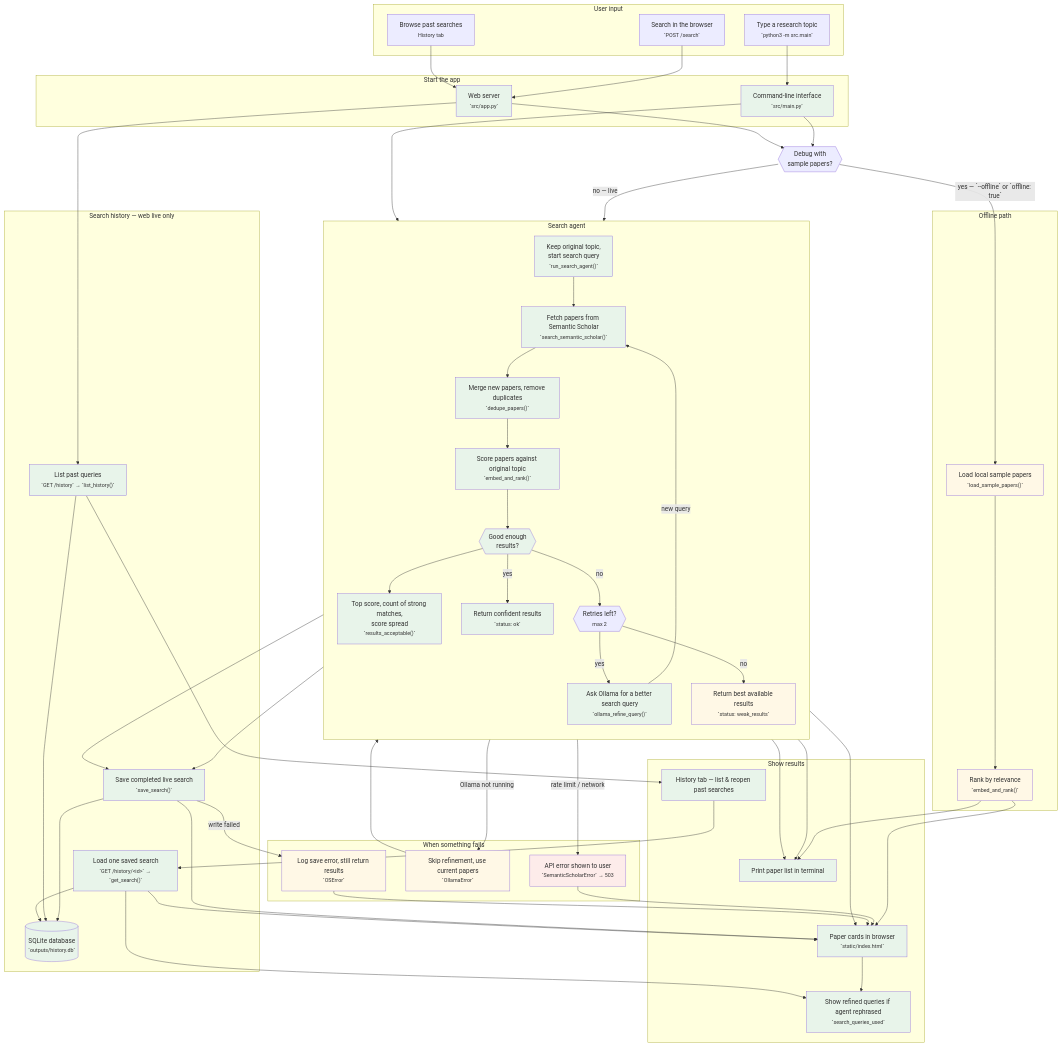
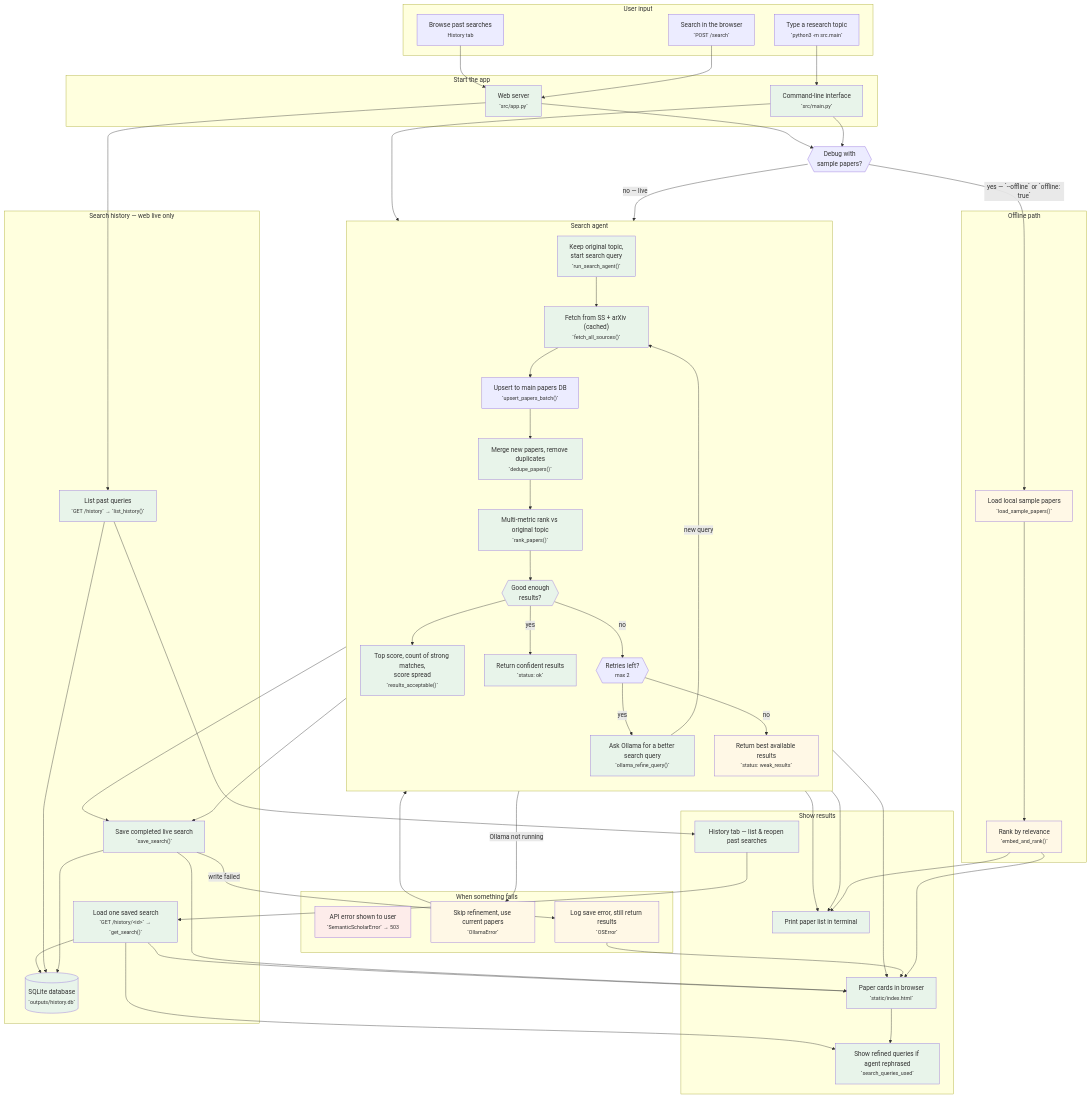
One commit to cherryann518/paper-retrieval-system changed the diagram in flowcharts/flowchart_v2.md. Above: the diagram before and after it, drawn with Mermaid. The commit also changed other lines of this file and 27 other files, not shown here.

```diff
--- a/flowcharts/flowchart_v2.md
+++ b/flowcharts/flowchart_v2.md
@@ -25,9 +25,10 @@
     subgraph AGENT["Search agent"]
         direction TB
         START["Keep original topic,<br/>start search query<br/><small>`run_search_agent()`</small>"]
-        FETCH["Fetch papers from Semantic Scholar<br/><small>`search_semantic_scholar()`</small>"]
+        FETCH["Fetch from SS + arXiv (cached)<br/><small>`fetch_all_sources()`</small>"]
+        STORE["Upsert to main papers DB<br/><small>`upsert_papers_batch()`</small>"]
         MERGE["Merge new papers, remove duplicates<br/><small>`dedupe_papers()`</small>"]
-        SCORE["Score papers against original topic<br/><small>`embed_and_rank()`</small>"]
+        SCORE["Multi-metric rank vs original topic<br/><small>`rank_papers()`</small>"]
         CHECK{{"Good enough<br/>results?"}}
         RULES["Top score, count of strong matches,<br/>score spread<br/><small>`results_acceptable()`</small>"]
         RETRY{{"Retries left?<br/><small>max 2</small>"}}
@@ -73,9 +74,7 @@
     MAIN --> START
 
     START --> FETCH
-    FETCH -->|"rate limit / network"| API_FAIL
-    API_FAIL --> WEB_OUT
-    FETCH --> MERGE --> SCORE --> CHECK
+    FETCH --> STORE --> MERGE --> SCORE --> CHECK
     CHECK --> RULES
     CHECK -->|"yes"| OK
     OK --> CLI_OUT
```
